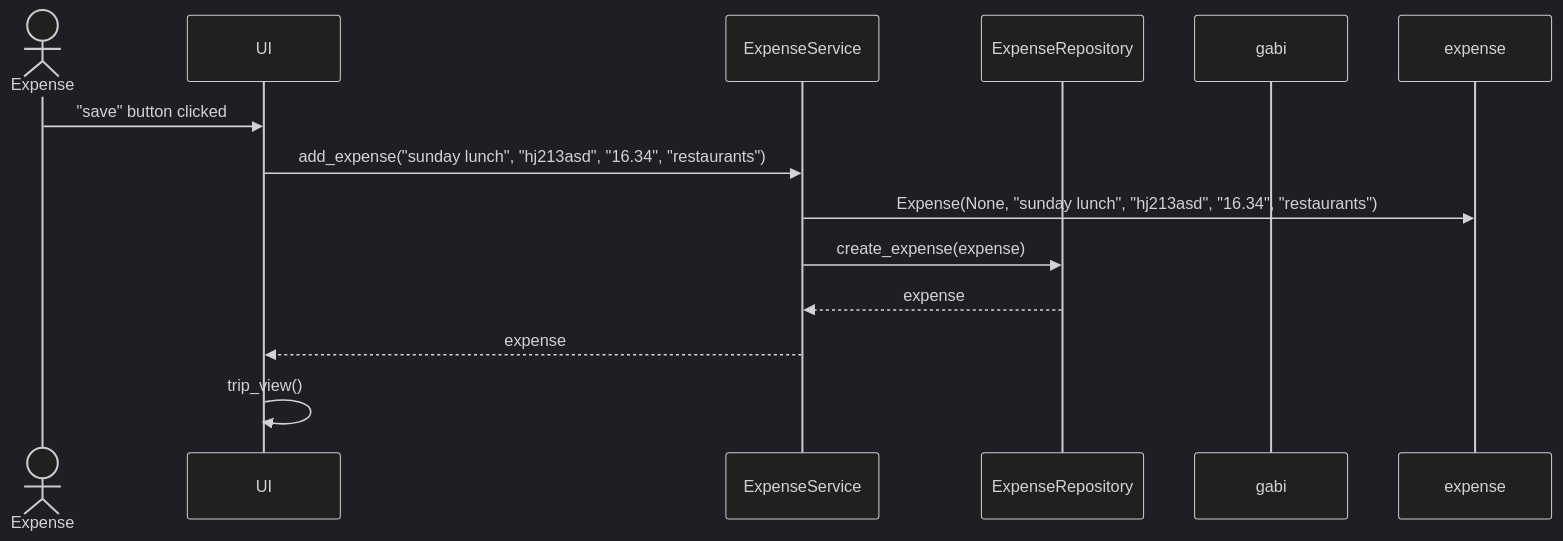
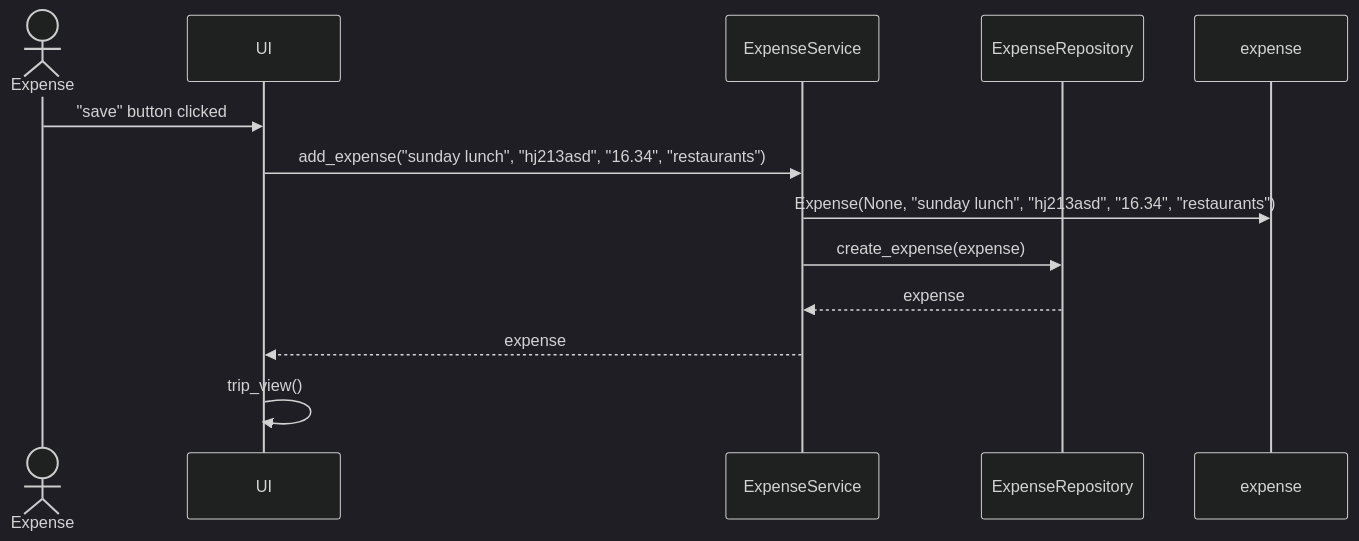
The fifth of 7 diagrams in travel-budget-app/documentation/architecture.md (gabikakol/ot-exercise), drawn with Mermaid (dark theme) before and after one commit. The commit also changed other lines of this file, not shown here.

Commit message:
stats diagrams done

````diff
--- a/travel-budget-app/documentation/architecture.md
+++ b/travel-budget-app/documentation/architecture.md
@@ -131,15 +134,17 @@
 ```mermaid
 sequenceDiagram
+
   actor Expense
   participant UI
   participant ExpenseService
   participant ExpenseRepository
-  participant gabi
+  participant expense
+  
   Expense->>UI: "save" button clicked
   UI->>ExpenseService: add_expense("sunday lunch", "hj213asd", "16.34", "restaurants")
   ExpenseService->>expense: Expense(None, "sunday lunch", "hj213asd", "16.34", "restaurants")
   ExpenseService->>ExpenseRepository: create_expense(expense)
   ExpenseRepository-->>ExpenseService: expense
   ExpenseService-->>UI: expense
   UI->>UI: trip_view()
 ```
````
